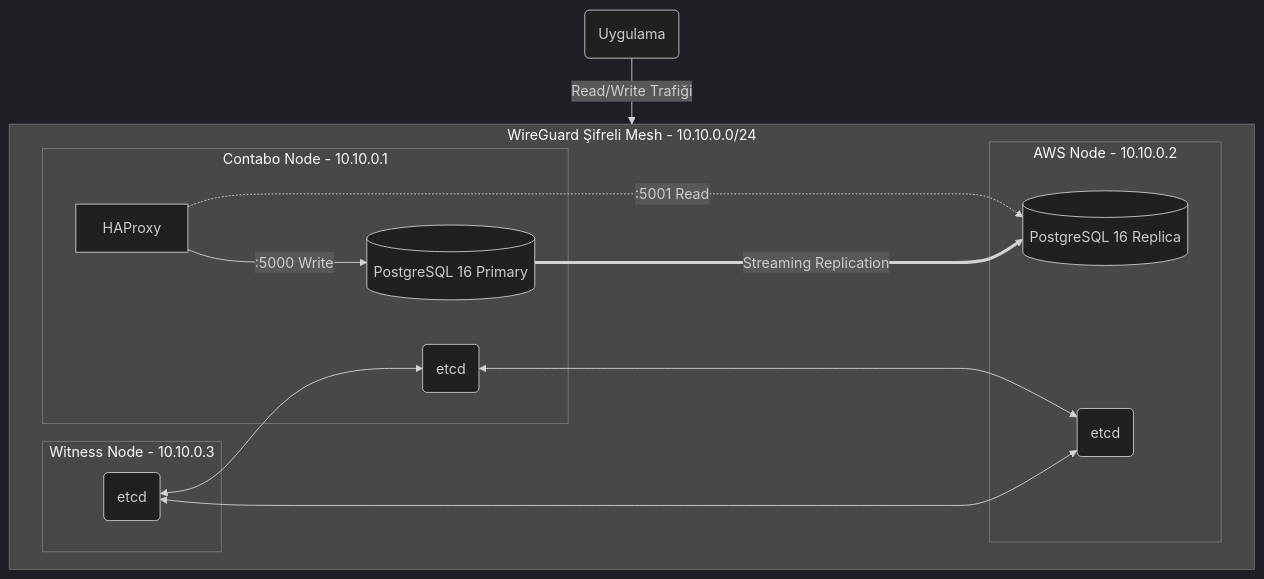
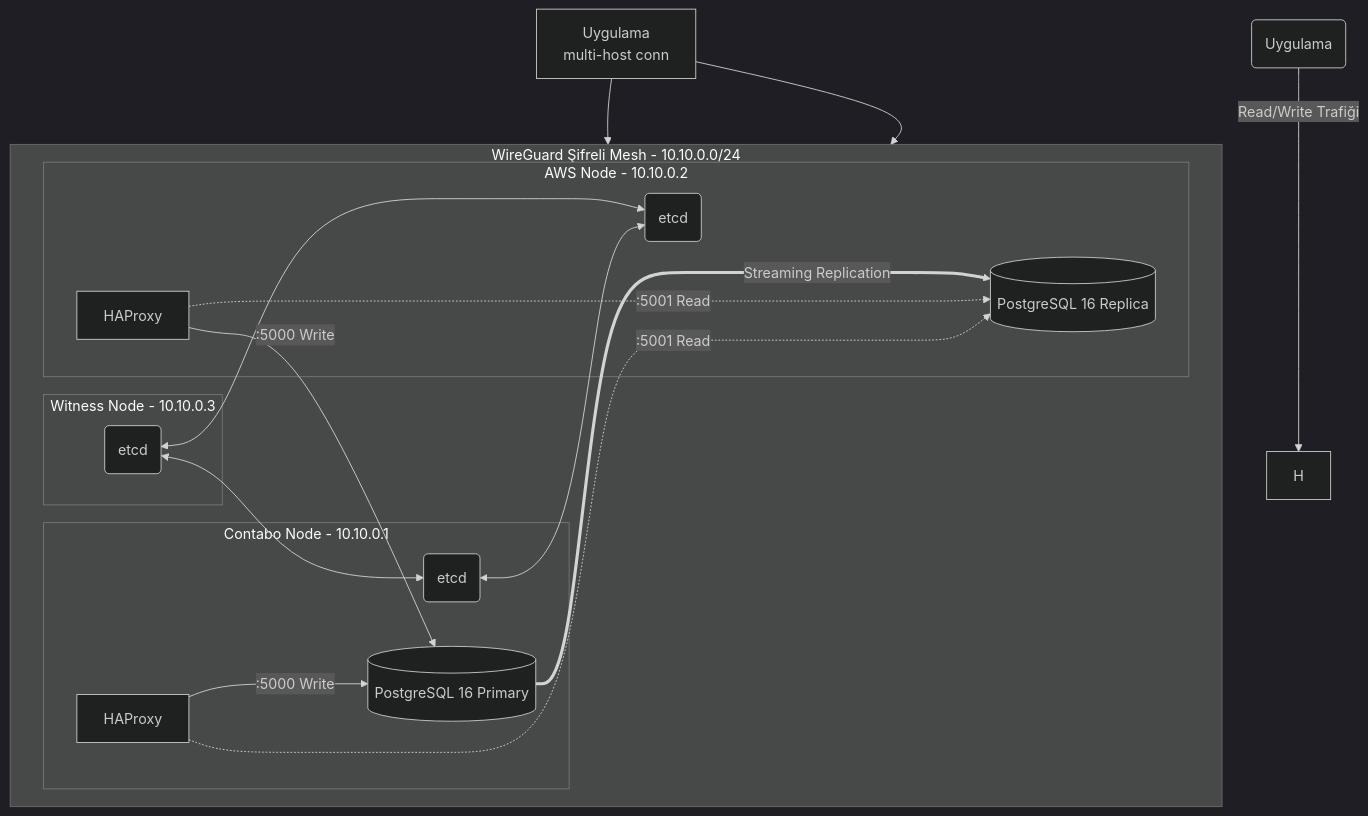
The diagram in project-4-load-balancing/README.md (brckfrc/database-operations-lab), drawn with Mermaid (dark theme) before and after one commit. The commit also changed other lines of this file and 2 other files, not shown here.

Commit message:
feat: implement HAProxy redundancy and add failover testing script for load balancer layer

````diff
--- a/project-4-load-balancing/README.md
+++ b/project-4-load-balancing/README.md
@@ -55,27 +63,32 @@
 ```mermaid
 flowchart TD
     subgraph WG [WireGuard Şifreli Mesh - 10.10.0.0/24]
         direction LR
         subgraph Node1 [Contabo Node - 10.10.0.1]
-            H[HAProxy]
+            H1[HAProxy]
             P1[(PostgreSQL 16 Primary)]
             E1(etcd)
-            H -->|:5000 Write| P1
+            H1 -->|:5000 Write| P1
         end
         
         subgraph Node2 [AWS Node - 10.10.0.2]
+            H2[HAProxy]
             P2[(PostgreSQL 16 Replica)]
             E2(etcd)
         end
         
         subgraph Node3 [Witness Node - 10.10.0.3]
             E3(etcd)
         end
         
-        H -.->|:5001 Read| P2
+        H1 -.->|:5001 Read| P2
+        H2 -->|:5000 Write| P1
+        H2 -.->|:5001 Read| P2
         P1 ====>|Streaming Replication| P2
         E1 <--> E2 <--> E3 <--> E1
     end
+    APP[Uygulama<br/>multi-host conn] --> H1
+    APP --> H2
     
     U(Uygulama) -->|Read/Write Trafiği| H
 ```
````
